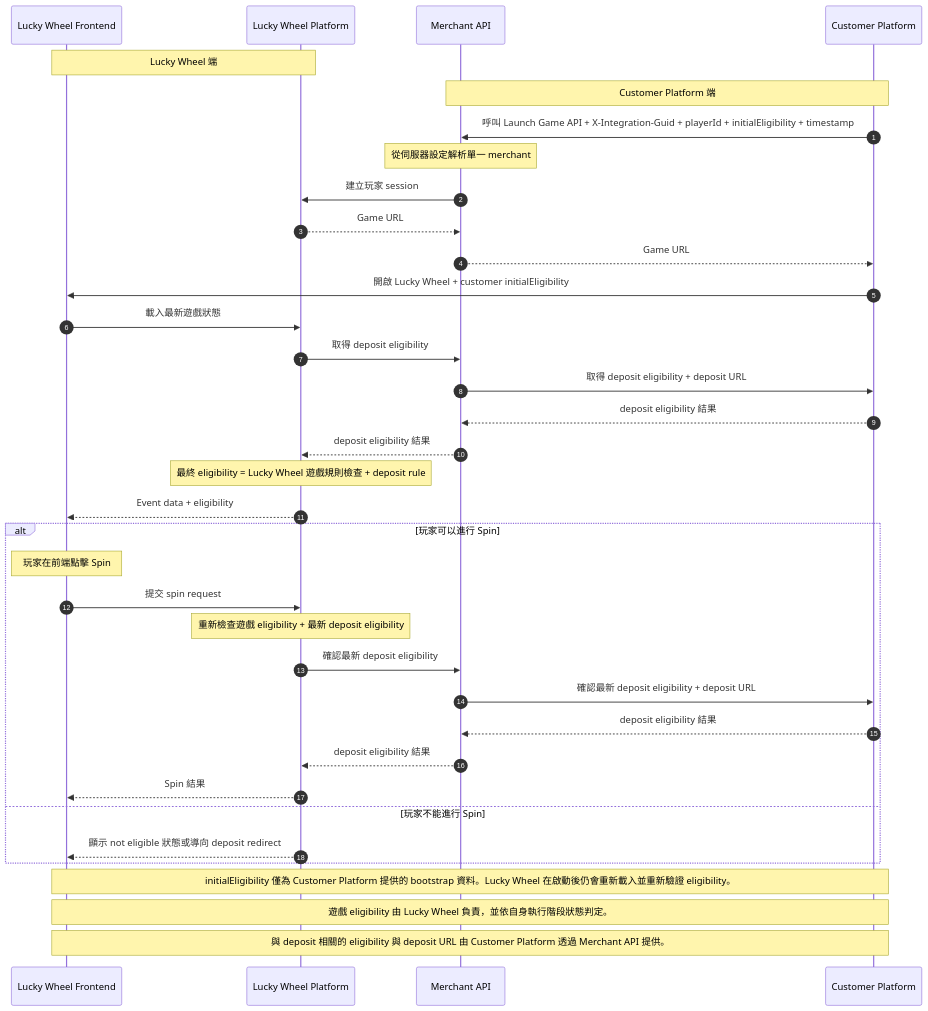
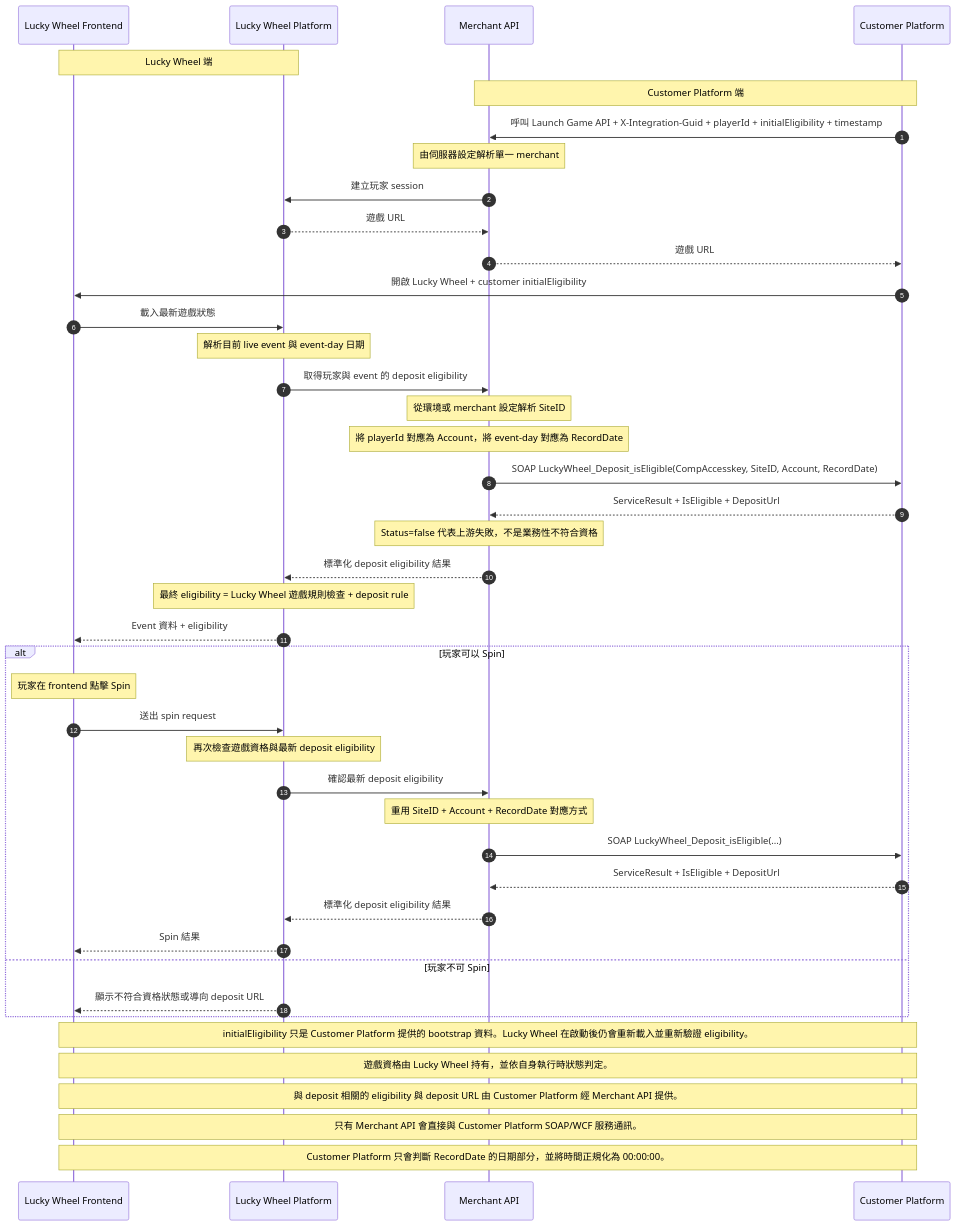
Before and after one commit to ElricStormking/LuckyWheelLeaderboard: the diagram in LuckyWheel_Dataflow_Diagram_Public_zh-TW.md, drawn with Mermaid. The commit also changed other lines of this file and 19 other files, not shown here.

Commit message:
Integrate customer platform eligibility and update docs

````diff
--- a/LuckyWheel_Dataflow_Diagram_Public_zh-TW.md
+++ b/LuckyWheel_Dataflow_Diagram_Public_zh-TW.md
@@ -12,43 +12,50 @@
 ```mermaid
 sequenceDiagram
     autonumber
     participant LWF as Lucky Wheel Frontend
     participant LWP as Lucky Wheel Platform
     participant MAP as Merchant API
     participant CP as Customer Platform
 
     Note over LWF,LWP: Lucky Wheel 端
     Note over MAP,CP: Customer Platform 端
 
     CP->>MAP: 呼叫 Launch Game API + X-Integration-Guid + playerId + initialEligibility + timestamp
-    Note over MAP: 從伺服器設定解析單一 merchant
+    Note over MAP: 由伺服器設定解析單一 merchant
     MAP->>LWP: 建立玩家 session
-    LWP-->>MAP: Game URL
-    MAP-->>CP: Game URL
+    LWP-->>MAP: 遊戲 URL
+    MAP-->>CP: 遊戲 URL
     CP->>LWF: 開啟 Lucky Wheel + customer initialEligibility
 
     LWF->>LWP: 載入最新遊戲狀態
-    LWP->>MAP: 取得 deposit eligibility
-    MAP->>CP: 取得 deposit eligibility + deposit URL
-    CP-->>MAP: deposit eligibility 結果
-    MAP-->>LWP: deposit eligibility 結果
+    Note over LWP: 解析目前 live event 與 event-day 日期
+    LWP->>MAP: 取得玩家與 event 的 deposit eligibility
+    Note over MAP: 從環境或 merchant 設定解析 SiteID
+    Note over MAP: 將 playerId 對應為 Account，將 event-day 對應為 RecordDate
+    MAP->>CP: SOAP LuckyWheel_Deposit_isEligible(CompAccesskey, SiteID, Account, RecordDate)
+    CP-->>MAP: ServiceResult + IsEligible + DepositUrl
+    Note over MAP: Status=false 代表上游失敗，不是業務性不符合資格
+    MAP-->>LWP: 標準化 deposit eligibility 結果
     Note over LWP: 最終 eligibility = Lucky Wheel 遊戲規則檢查 + deposit rule
-    LWP-->>LWF: Event data + eligibility
+    LWP-->>LWF: Event 資料 + eligibility
 
-    alt 玩家可以進行 Spin
-        Note over LWF: 玩家在前端點擊 Spin
-        LWF->>LWP: 提交 spin request
-        Note over LWP: 重新檢查遊戲 eligibility + 最新 deposit eligibility
+    alt 玩家可以 Spin
+        Note over LWF: 玩家在 frontend 點擊 Spin
+        LWF->>LWP: 送出 spin request
+        Note over LWP: 再次檢查遊戲資格與最新 deposit eligibility
         LWP->>MAP: 確認最新 deposit eligibility
-        MAP->>CP: 確認最新 deposit eligibility + deposit URL
-        CP-->>MAP: deposit eligibility 結果
-        MAP-->>LWP: deposit eligibility 結果
+        Note over MAP: 重用 SiteID + Account + RecordDate 對應方式
+        MAP->>CP: SOAP LuckyWheel_Deposit_isEligible(...)
+        CP-->>MAP: ServiceResult + IsEligible + DepositUrl
+        MAP-->>LWP: 標準化 deposit eligibility 結果
         LWP-->>LWF: Spin 結果
-    else 玩家不能進行 Spin
-        LWP-->>LWF: 顯示 not eligible 狀態或導向 deposit redirect
+    else 玩家不可 Spin
+        LWP-->>LWF: 顯示不符合資格狀態或導向 deposit URL
     end
 
-    Note over LWF,CP: initialEligibility 僅為 Customer Platform 提供的 bootstrap 資料。Lucky Wheel 在啟動後仍會重新載入並重新驗證 eligibility。
-    Note over LWF,CP: 遊戲 eligibility 由 Lucky Wheel 負責，並依自身執行階段狀態判定。
-    Note over LWF,CP: 與 deposit 相關的 eligibility 與 deposit URL 由 Customer Platform 透過 Merchant API 提供。
+    Note over LWF,CP: initialEligibility 只是 Customer Platform 提供的 bootstrap 資料。Lucky Wheel 在啟動後仍會重新載入並重新驗證 eligibility。
+    Note over LWF,CP: 遊戲資格由 Lucky Wheel 持有，並依自身執行時狀態判定。
+    Note over LWF,CP: 與 deposit 相關的 eligibility 與 deposit URL 由 Customer Platform 經 Merchant API 提供。
+    Note over LWF,CP: 只有 Merchant API 會直接與 Customer Platform SOAP/WCF 服務通訊。
+    Note over LWF,CP: Customer Platform 只會判斷 RecordDate 的日期部分，並將時間正規化為 00:00:00。
 ```
````
